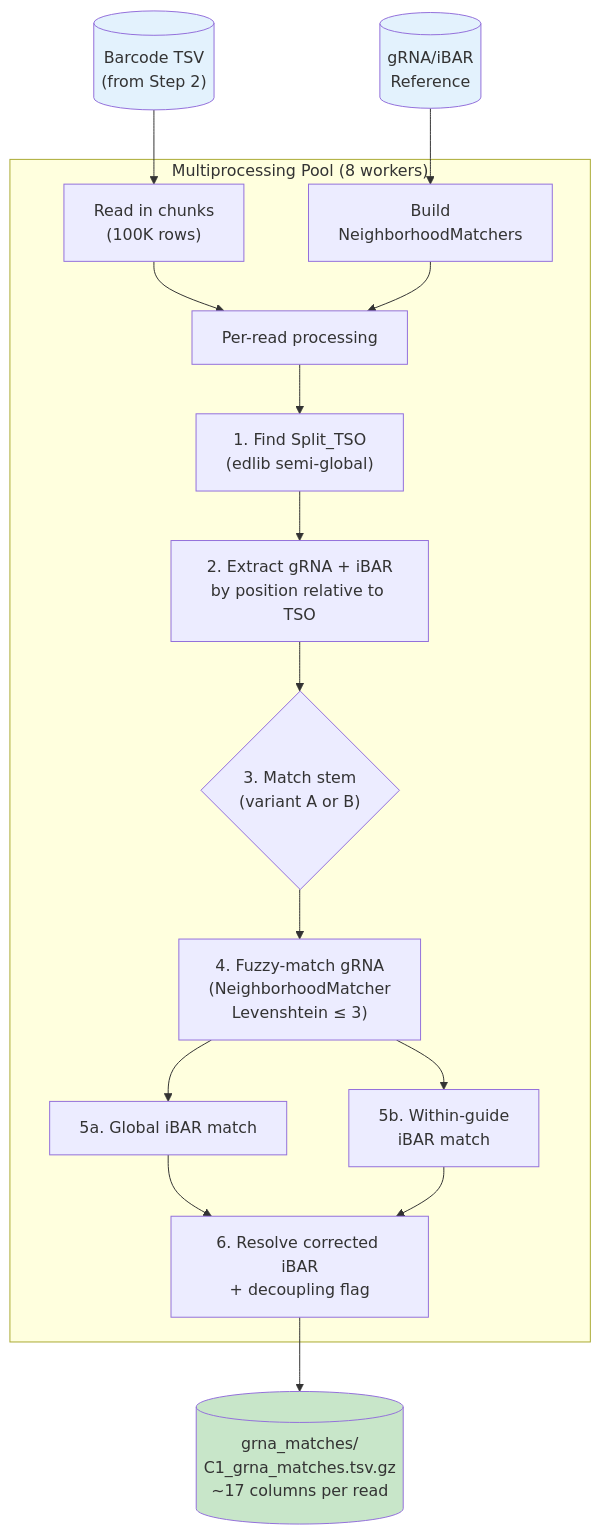
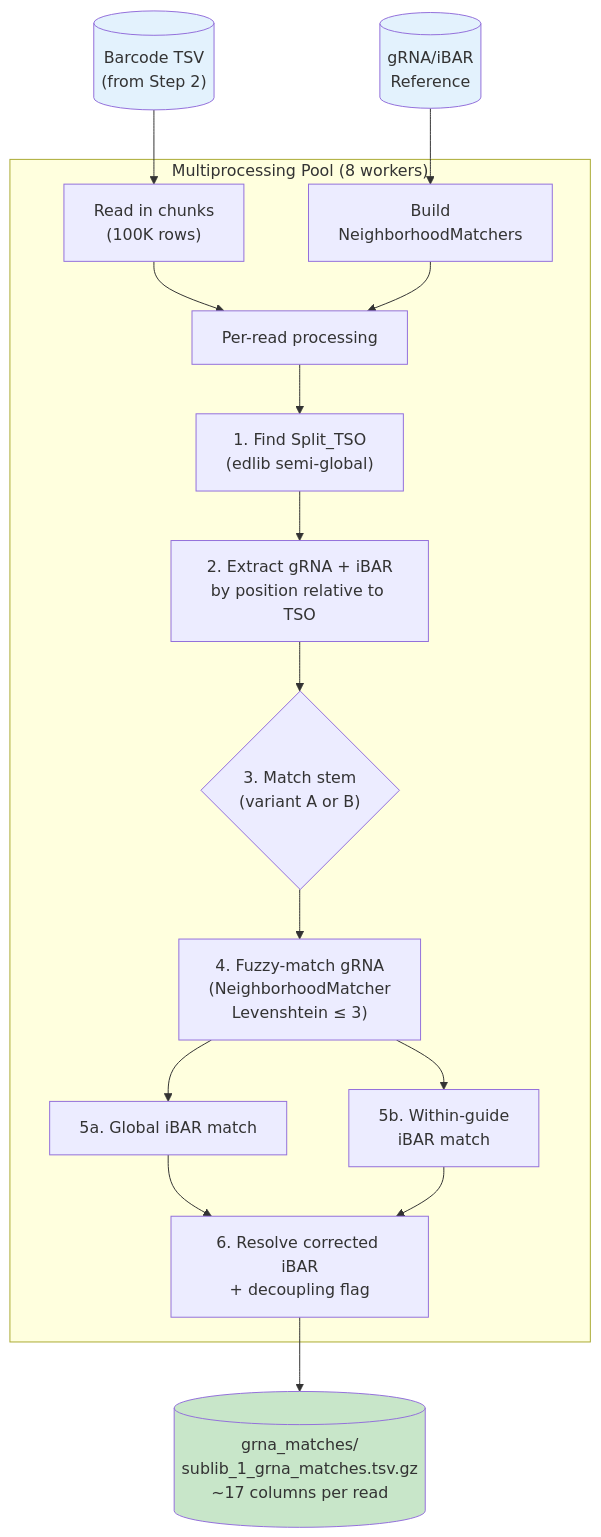
One commit to jhjiang2020/CSM_ccperturbseq changed the sixth of 10 diagrams in pipeline_overview.md. Above: the diagram before and after it, drawn with Mermaid. The commit also changed other lines of this file and 19 other files, not shown here.

````diff
--- a/pipeline_overview.md
+++ b/pipeline_overview.md
@@ -369,25 +398,25 @@
 ```mermaid
 flowchart TD
     BC[("Barcode TSV<br>(from Step 2)")] --> CHUNK["Read in chunks<br>(100K rows)"]
     REF[("gRNA/iBAR<br>Reference")] --> MATCHERS["Build<br>NeighborhoodMatchers"]
 
     subgraph WorkerPool["Multiprocessing Pool (8 workers)"]
         CHUNK --> ROWS["Per-read processing"]
         MATCHERS --> ROWS
 
         ROWS --> TSO["1. Find Split_TSO<br>(edlib semi-global)"]
         TSO --> EXTRACT["2. Extract gRNA + iBAR<br>by position relative to TSO"]
         EXTRACT --> STEM{"3. Match stem<br>(variant A or B)"}
         STEM --> GRNA["4. Fuzzy-match gRNA<br>(NeighborhoodMatcher<br>Levenshtein ≤ 3)"]
         GRNA --> IBAR_G["5a. Global iBAR match"]
         GRNA --> IBAR_W["5b. Within-guide<br>iBAR match"]
         IBAR_G --> RESOLVE["6. Resolve corrected iBAR<br>+ decoupling flag"]
         IBAR_W --> RESOLVE
     end
 
-    RESOLVE --> OUT[("grna_matches/<br>C1_grna_matches.tsv.gz<br>~17 columns per read")]
+    RESOLVE --> OUT[("grna_matches/<br>sublib_1_grna_matches.tsv.gz<br>~17 columns per read")]
 
     style BC fill:#e3f2fd
     style REF fill:#e3f2fd
     style OUT fill:#c8e6c9
 ```
````
